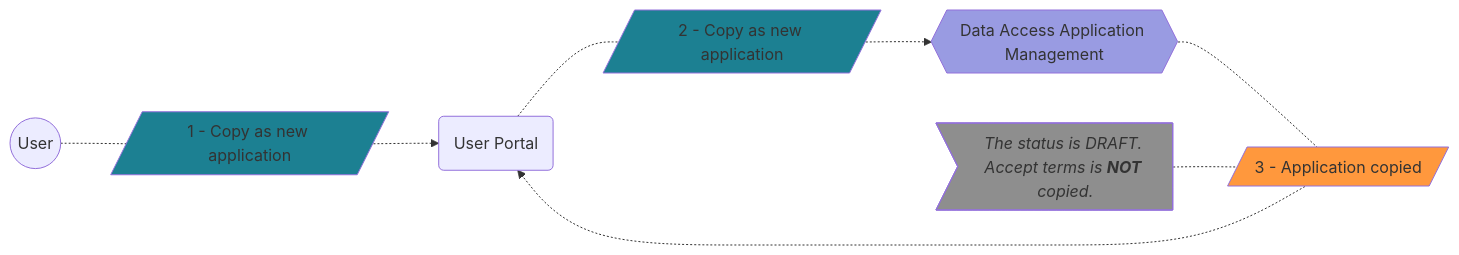
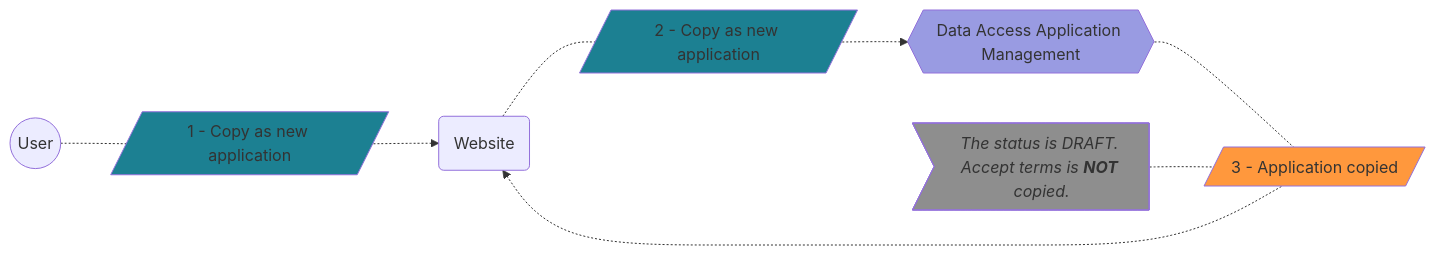
One commit to GenomicDataInfrastructure/gdi-userportal-docs changed diagram 15 of 15 in content/docs/data-access-application-management/use-cases/_index.md. Above: the diagram before and after it, drawn with Mermaid. The commit also changed other lines of this file, not shown here.

````diff
--- a/content/docs/data-access-application-management/use-cases/_index.md
+++ b/content/docs/data-access-application-management/use-cases/_index.md
@@ -606,42 +606,42 @@
 ```mermaid
 flowchart LR
     user(("`
         User
     `"))
     
-    user_portal("`
-        User Portal
+    website("`
+        Website
     `")
     
     daam{{"`
         Data Access Application Management
     `"}}
     style daam fill:#999be2
     
     copy_application_1[/"`
         1 - Copy as new application
     `"/]
     copy_application_2[/"`
         2 - Copy as new application
     `"/]
     style copy_application_1 fill:#1C8092
     style copy_application_2 fill:#1C8092
 
     application_copied[/"`
         3 - Application copied
     `"/]
     style application_copied fill:#FF983D
 
     application_copied_note>"`
         *The status is DRAFT. Accept terms is **NOT** copied.*
     `"]
     style application_copied_note fill:#8e8e8e
 
     user -.- copy_application_1
-    copy_application_1 -.-> user_portal
-    user_portal -.- copy_application_2
+    copy_application_1 -.-> website
+    website -.- copy_application_2
     copy_application_2 -.-> daam
     daam -.- application_copied
     application_copied_note -.- application_copied
-    application_copied -.-> user_portal
+    application_copied -.-> website
 ```
````
